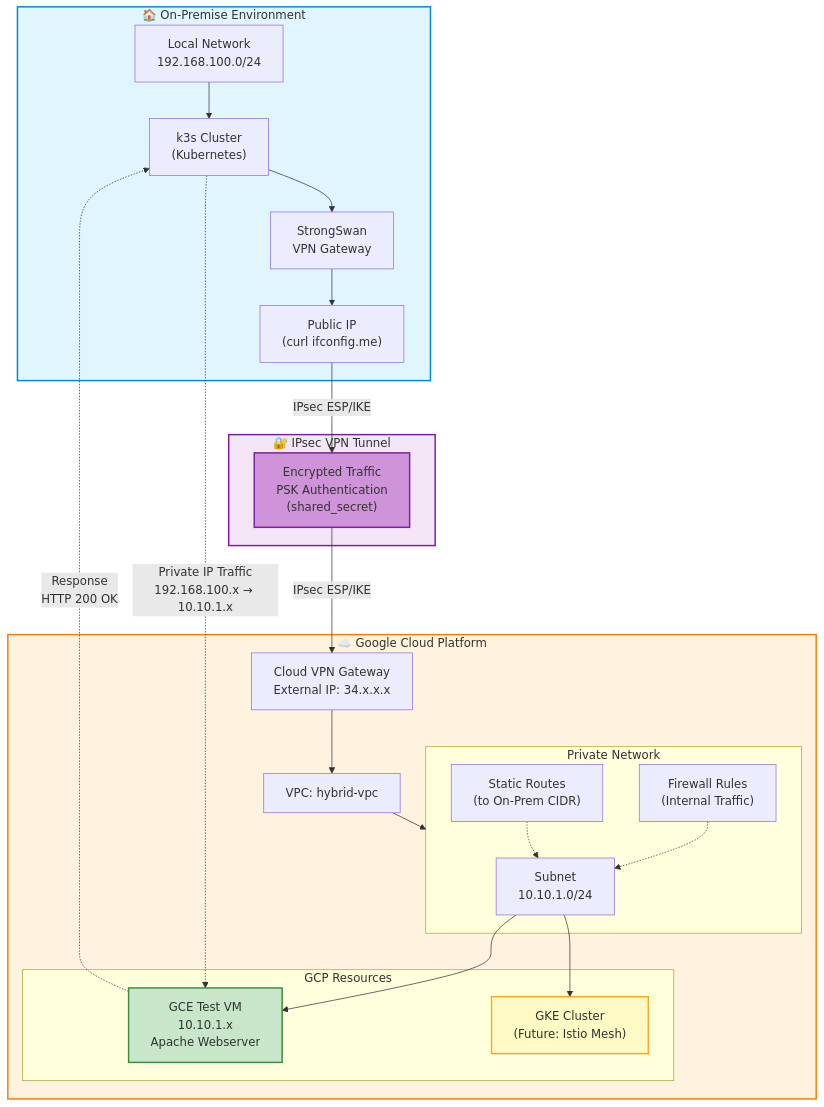
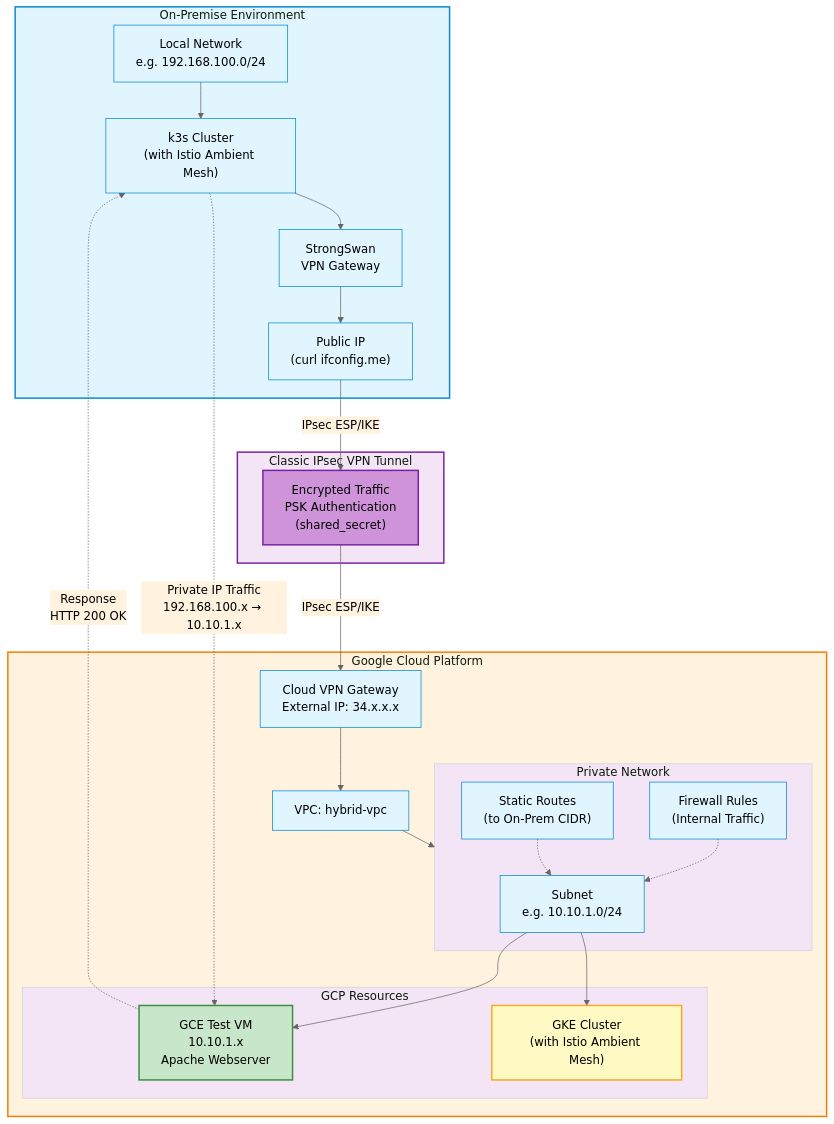
Before and after one commit to salvador-arreola/hybrid-cloud-multicluster-lab: the diagram in README.md, drawn with Mermaid.

Commit message:
Change diagram background color

````diff
--- a/README.md
+++ b/README.md
@@ -9,53 +9,62 @@
 ```mermaid
+%%{init: {'theme':'base', 'themeVariables': {
+  'background':'#f9f9f9',
+  'primaryColor':'#e1f5ff',
+  'primaryTextColor':'#000',
+  'primaryBorderColor':'#0288d1',
+  'lineColor':'#666',
+  'secondaryColor':'#fff3e0',
+  'tertiaryColor':'#f3e5f5'
+}}}%%
 graph TB
-    subgraph OnPrem["🏠 On-Premise Environment"]
-        LocalNet["Local Network<br/>192.168.100.0/24"]
-        K3s["k3s Cluster<br/>(Kubernetes)"]
+    subgraph OnPrem["On-Premise Environment"]
+        LocalNet["Local Network<br/>e.g. 192.168.100.0/24"]
+        K3s["k3s Cluster<br/>(with Istio Ambient Mesh)"]
         StrongSwan["StrongSwan<br/>VPN Gateway"]
         PublicIP["Public IP<br/>(curl ifconfig.me)"]
         
         LocalNet --> K3s
         K3s --> StrongSwan
         StrongSwan --> PublicIP
     end
     
-    subgraph VPNTunnel["🔐 IPsec VPN Tunnel"]
+    subgraph VPNTunnel["Classic IPsec VPN Tunnel"]
         Tunnel["Encrypted Traffic<br/>PSK Authentication<br/>(shared_secret)"]
     end
     
-    subgraph GCP["☁️ Google Cloud Platform"]
+    subgraph GCP["Google Cloud Platform"]
         VPNGateway["Cloud VPN Gateway<br/>External IP: 34.x.x.x"]
         VPC["VPC: hybrid-vpc"]
         
         subgraph Network["Private Network"]
-            Subnet["Subnet<br/>10.10.1.0/24"]
+            Subnet["Subnet<br/>e.g. 10.10.1.0/24"]
             Firewall["Firewall Rules<br/>(Internal Traffic)"]
             Routes["Static Routes<br/>(to On-Prem CIDR)"]
         end
         
         subgraph Resources["GCP Resources"]
             TestVM["GCE Test VM<br/>10.10.1.x<br/>Apache Webserver"]
-            GKE["GKE Cluster<br/>(Future: Istio Mesh)"]
+            GKE["GKE Cluster<br/>(with Istio Ambient Mesh)"]
         end
         
         VPNGateway --> VPC
         VPC --> Network
         Subnet --> TestVM
         Subnet --> GKE
         Firewall -.-> Subnet
         Routes -.-> Subnet
     end
     
     PublicIP -->|"IPsec ESP/IKE"| Tunnel
     Tunnel -->|"IPsec ESP/IKE"| VPNGateway
     
     K3s -.->|"Private IP Traffic<br/>192.168.100.x → 10.10.1.x"| TestVM
     TestVM -.->|"Response<br/>HTTP 200 OK"| K3s
     
     style OnPrem fill:#e1f5ff,stroke:#0288d1,stroke-width:2px
     style GCP fill:#fff3e0,stroke:#f57c00,stroke-width:2px
     style VPNTunnel fill:#f3e5f5,stroke:#7b1fa2,stroke-width:2px
     style Tunnel fill:#ce93d8,stroke:#7b1fa2,stroke-width:2px
     style TestVM fill:#c8e6c9,stroke:#388e3c,stroke-width:2px
     style GKE fill:#fff9c4,stroke:#f9a825,stroke-width:2px
 ```
````
